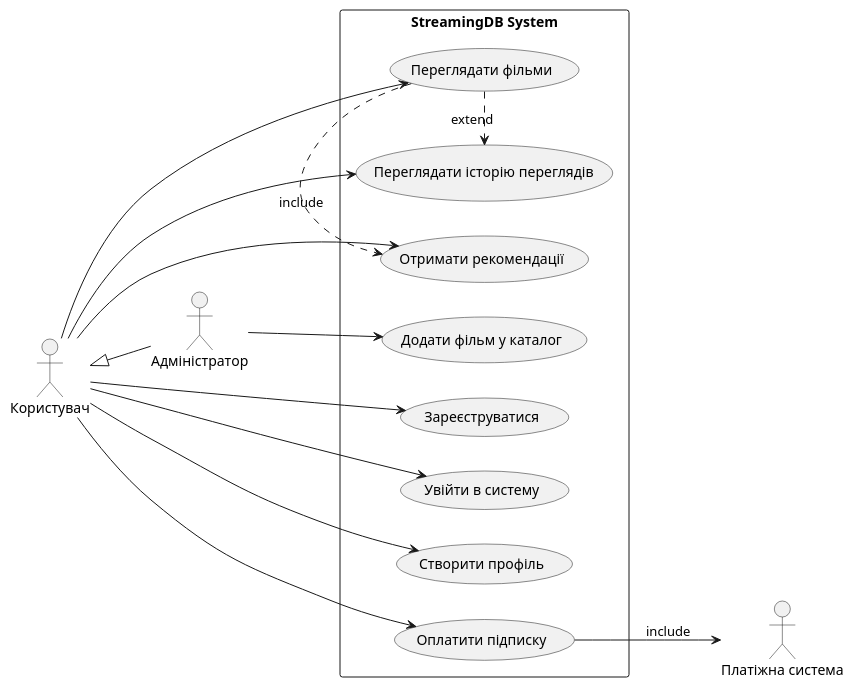
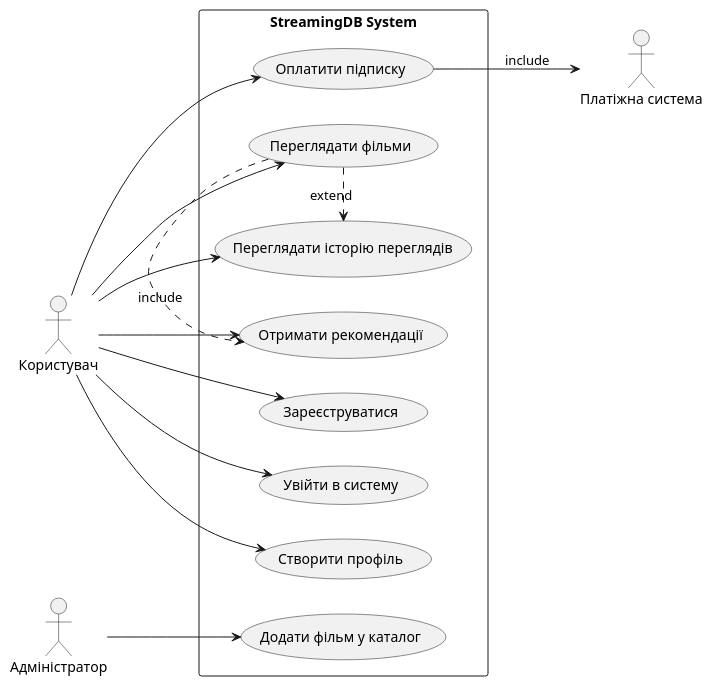
One commit to nikita4880/KPI_Components-of-software-engineering_labs changed the diagram in StreamingDBUseCaseDiagram.puml. Above: the diagram before and after it, drawn with PlantUML.

Commit message:
Remove link with Admin and User

```diff
--- a/StreamingDBUseCaseDiagram.puml
+++ b/StreamingDBUseCaseDiagram.puml
@@ -1,35 +1,32 @@
 @startuml
 left to right direction
 
 actor "Користувач" as User
 actor "Платіжна система" as PaymentSystem
 actor "Адміністратор" as Admin
-
-' успадкування акторів
-User <|-- Admin
 
 rectangle "StreamingDB System" {
   (Зареєструватися) as UC1
   (Увійти в систему) as UC2
   (Переглядати фільми) as UC3
   (Переглядати історію переглядів) as UC4
   (Створити профіль) as UC5
   (Оплатити підписку) as UC6
   (Отримати рекомендації) as UC7
   (Додати фільм у каталог) as UC8
 }
 
 User --> UC1
 User --> UC2
 User --> UC3
 User --> UC4
 User --> UC5
 User --> UC6
 User --> UC7
 
 UC6 --> PaymentSystem : include
 Admin --> UC8
 
 UC3 .> UC4 : extend
 UC3 .> UC7 : include
 @enduml
```
